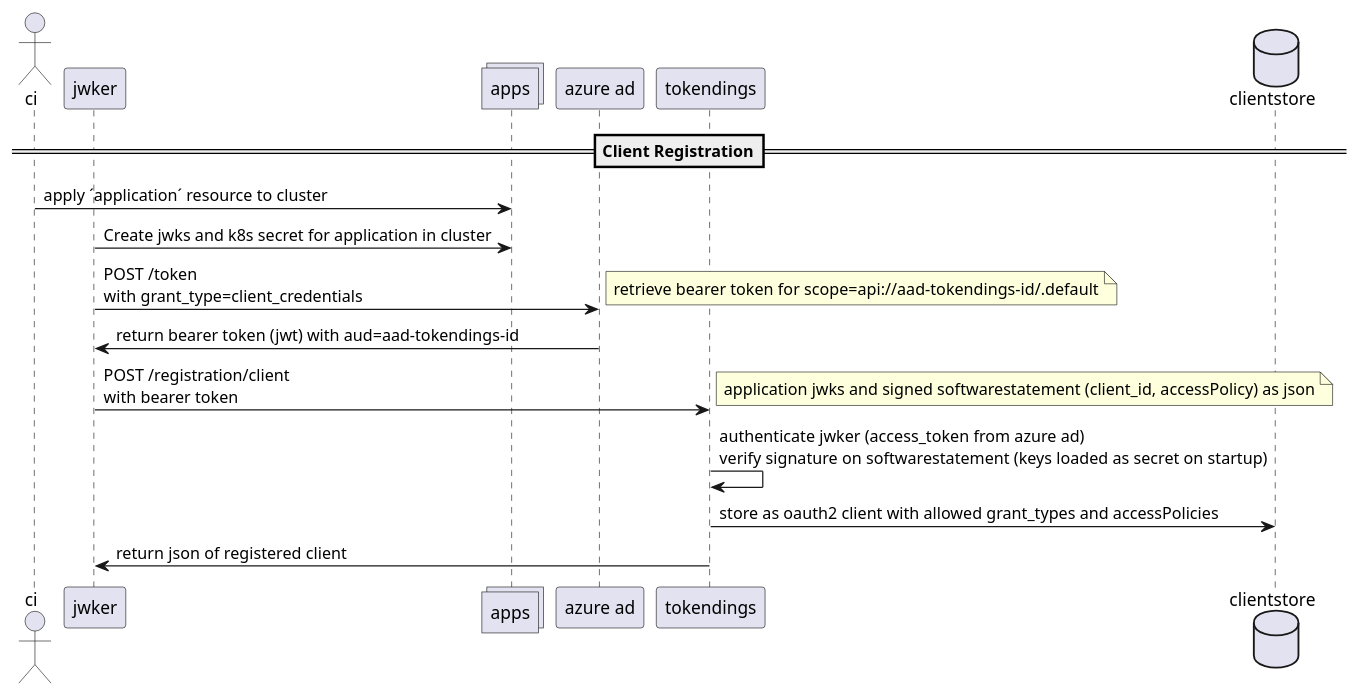
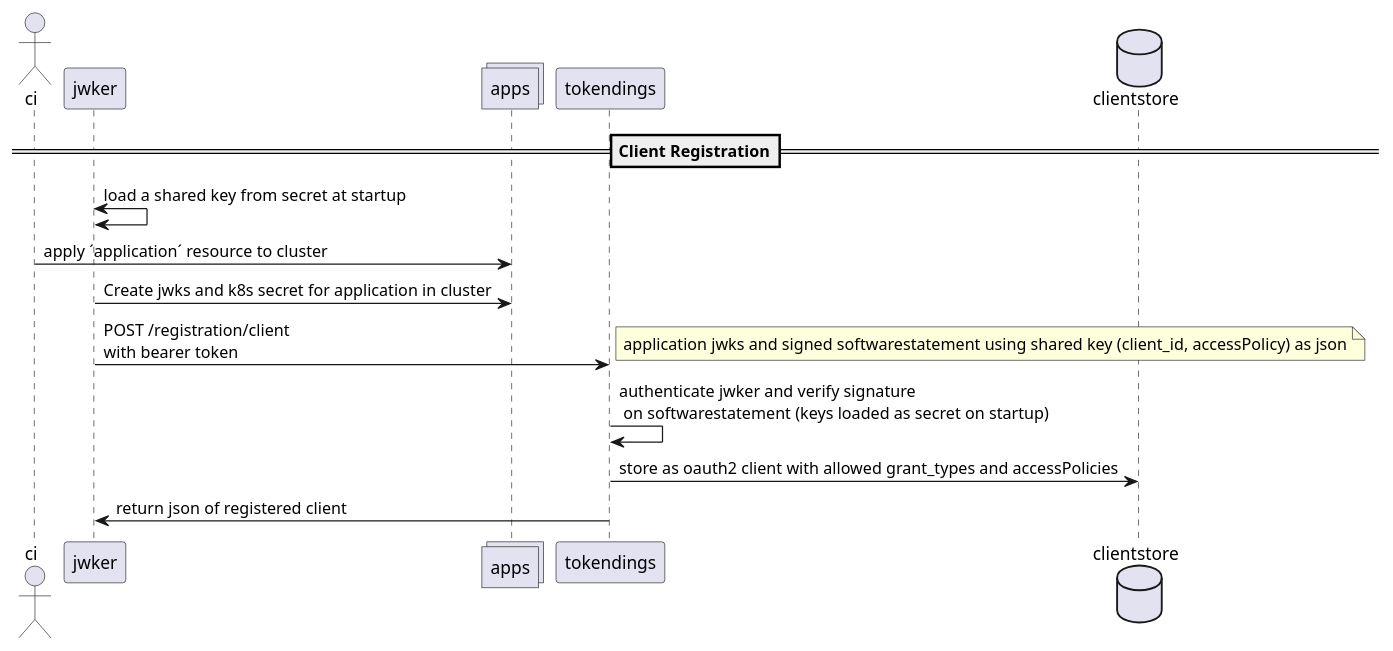
Before and after one commit to nais/tokendings: the diagram in doc/client_registration.puml, drawn with PlantUML. The commit also changed 2 other files, not shown here.

Commit message:
doc: update client registration flow chart (#563) [ci skip]

```diff
--- a/doc/client_registration.puml
+++ b/doc/client_registration.puml
@@ -1,20 +1,18 @@
-@startuml component
+@startuml
 actor ci as ci
 participant jwker as "jwker"
 collections apps as "apps"
-participant azure as "azure ad"
 participant tokendings as "tokendings"
 database clientstore
 
 ==Client Registration==
+jwker <-> jwker: load a shared key from secret at startup
+/' note right: private key used to verify the assertion '/
 ci -> apps : apply ´application´ resource to cluster
 jwker -> apps: Create jwks and k8s secret for application in cluster
-jwker -> azure: POST /token\nwith grant_type=client_credentials
-note right: retrieve bearer token for scope=api://aad-tokendings-id/.default
-azure -> jwker: return bearer token (jwt) with aud=aad-tokendings-id
 jwker -> tokendings: POST /registration/client\nwith bearer token
-note right: application jwks and signed softwarestatement (client_id, accessPolicy) as json
-tokendings -> tokendings: authenticate jwker (access_token from azure ad)\nverify signature on softwarestatement (keys loaded as secret on startup)
+note right: application jwks and signed softwarestatement using shared key (client_id, accessPolicy) as json
+tokendings -> tokendings: authenticate jwker and verify signature \n on softwarestatement (keys loaded as secret on startup)
 tokendings -> clientstore: store as oauth2 client with allowed grant_types and accessPolicies
 tokendings -> jwker: return json of registered client
 @enduml
```
